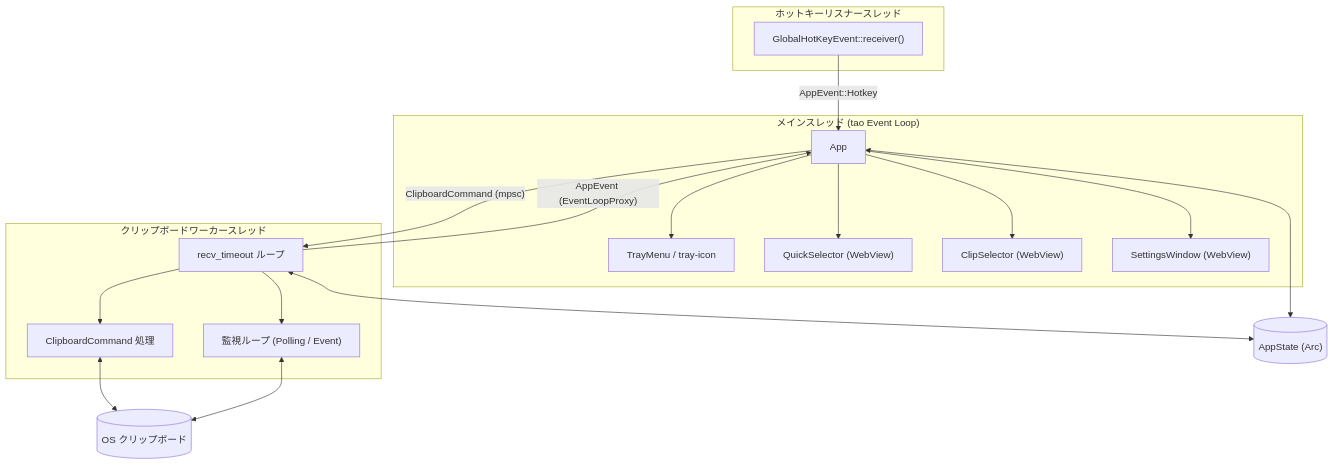
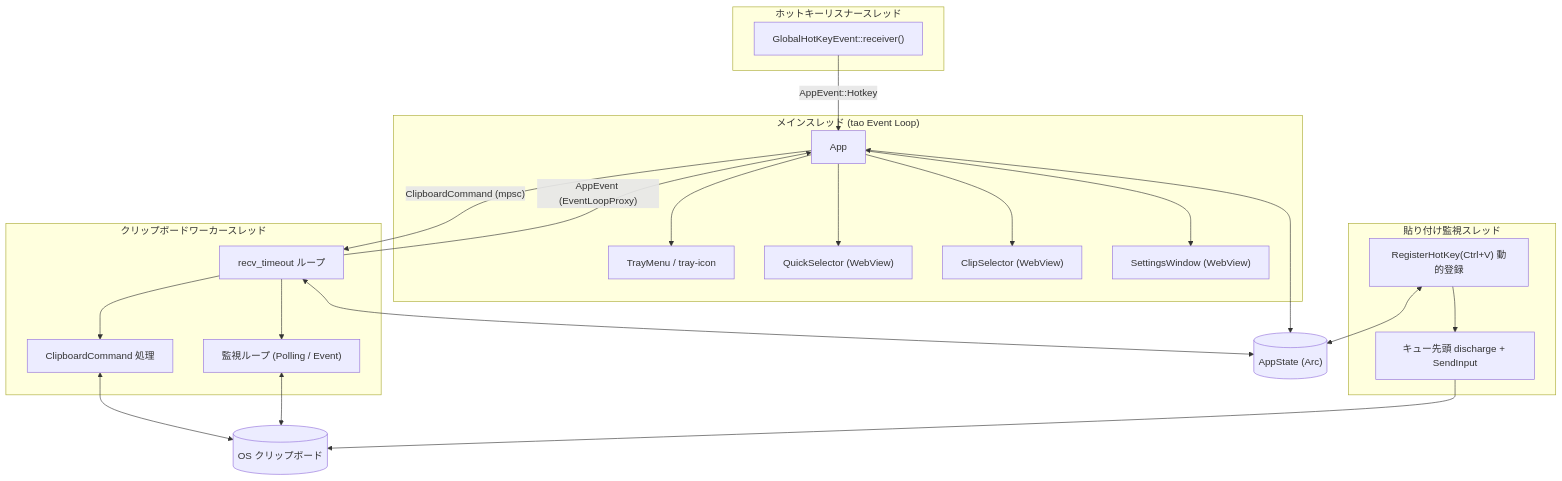
One commit to GnudMna/clip-refiner changed the diagram in DEVELOPMENT.md. Above: the diagram before and after it, drawn with Mermaid. The commit also changed other lines of this file and 52 other files, not shown here.

````diff
--- a/DEVELOPMENT.md
+++ b/DEVELOPMENT.md
@@ -560,37 +632,45 @@
 ```mermaid
 flowchart TB
     subgraph main ["メインスレッド (tao Event Loop)"]
         App["App"]
         Tray["TrayMenu / tray-icon"]
         QS["QuickSelector (WebView)"]
         CS["ClipSelector (WebView)"]
         SW["SettingsWindow (WebView)"]
         App --> Tray
         App --> QS
         App --> CS
         App --> SW
     end
 
     subgraph hotkey_thread ["ホットキーリスナースレッド"]
         GHK["GlobalHotKeyEvent::receiver()"]
     end
 
+    subgraph paste_thread ["貼り付け監視スレッド"]
+        PHK["RegisterHotKey(Ctrl+V) 動的登録"]
+        Paste["キュー先頭 discharge + SendInput"]
+        PHK --> Paste
+    end
+
     subgraph worker ["クリップボードワーカースレッド"]
         WL["recv_timeout ループ"]
         Mon["監視ループ (Polling / Event)"]
         Cmd["ClipboardCommand 処理"]
         WL --> Mon
         WL --> Cmd
     end
 
     CB[("OS クリップボード")]
     State[("AppState (Arc)")]
 
     GHK -->|"AppEvent::Hotkey"| App
     App -->|"ClipboardCommand (mpsc)"| WL
     WL -->|"AppEvent (EventLoopProxy)"| App
     Cmd <--> CB
     Mon <--> CB
+    Paste --> CB
     App <--> State
     WL <--> State
+    PHK <--> State
 ```
````
